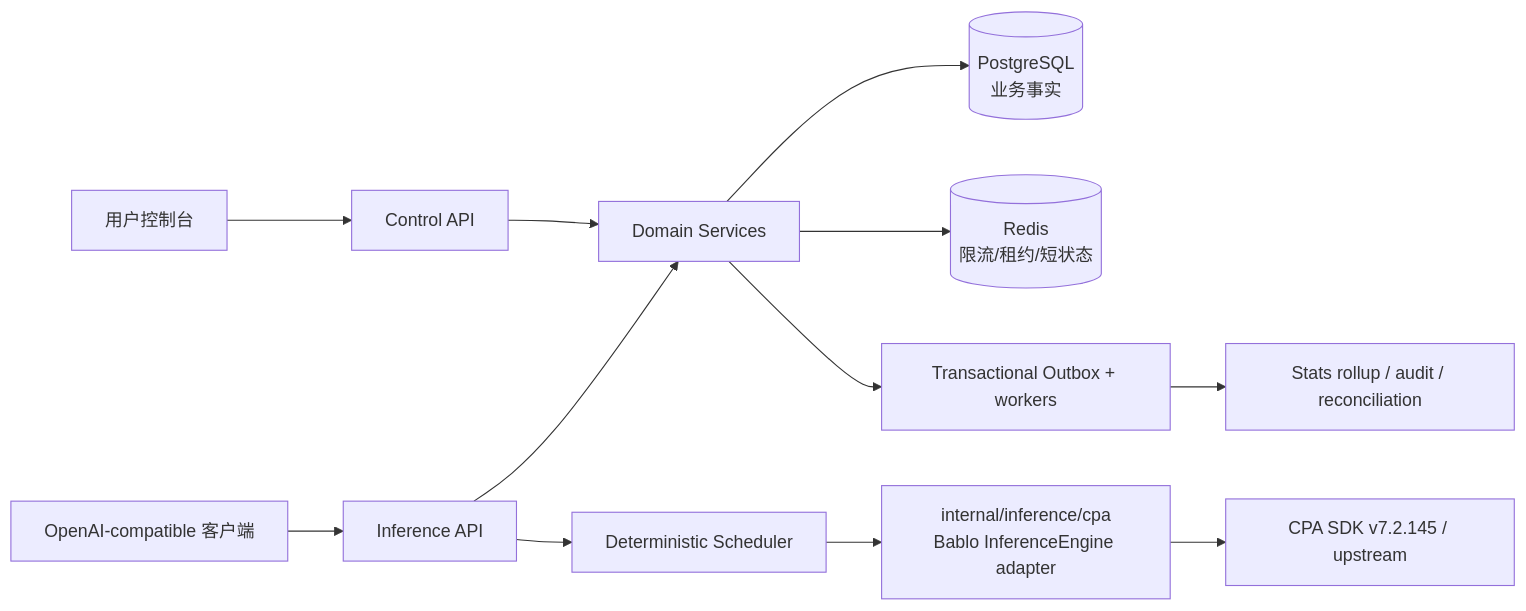
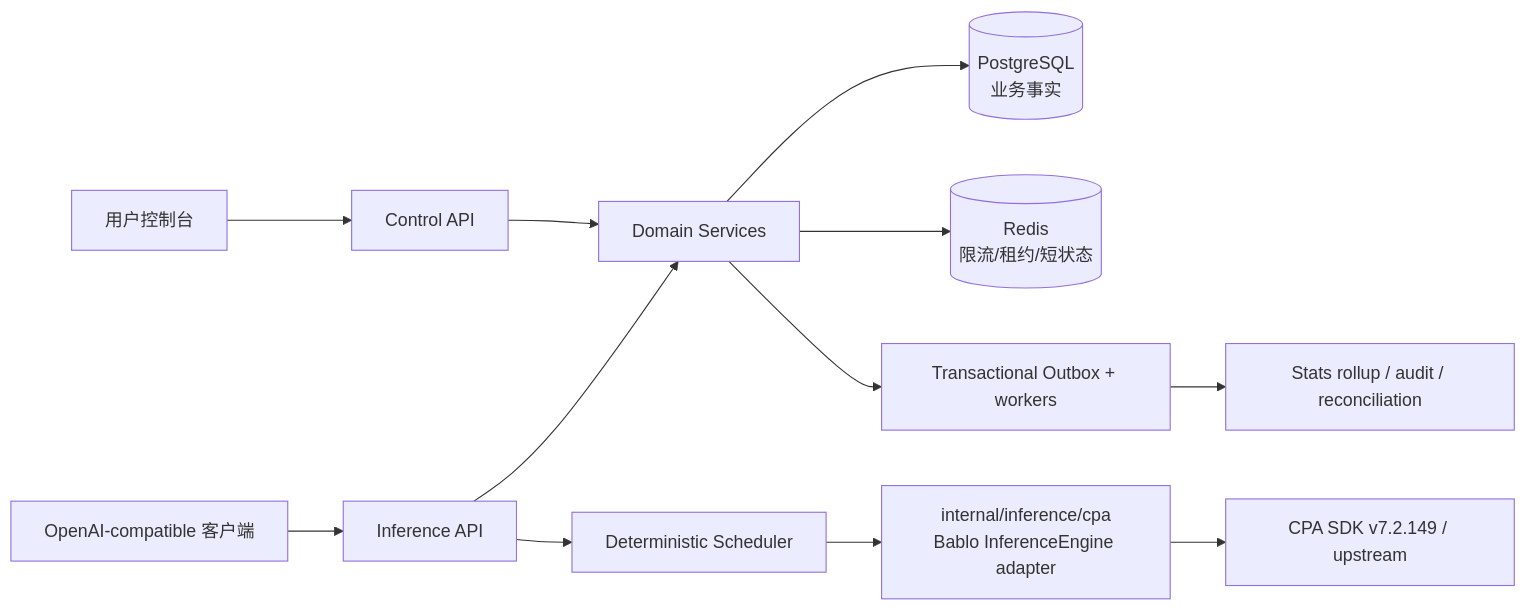
One commit to starhui-dev/bablo changed the diagram in docs/architecture.md. Above: the diagram before and after it, drawn with Mermaid. The commit also changed other lines of this file and 43 other files, not shown here.

````diff
--- a/docs/architecture.md
+++ b/docs/architecture.md
@@ -11,17 +11,17 @@
 ```mermaid
 flowchart LR
     U[用户控制台] --> C[Control API]
     K[OpenAI-compatible 客户端] --> D[Inference API]
     C --> S[Domain Services]
     D --> S
     S --> PG[(PostgreSQL
 业务事实)]
     S --> R[(Redis
 限流/租约/短状态)]
     D --> SCH[Deterministic Scheduler]
     SCH --> CPA[internal/inference/cpa
 Bablo InferenceEngine adapter]
-    CPA --> UP[CPA SDK v7.2.145 / upstream]
+    CPA --> UP[CPA SDK v7.2.149 / upstream]
     S --> O[Transactional Outbox + workers]
     O --> ST[Stats rollup / audit / reconciliation]
 ```
````
